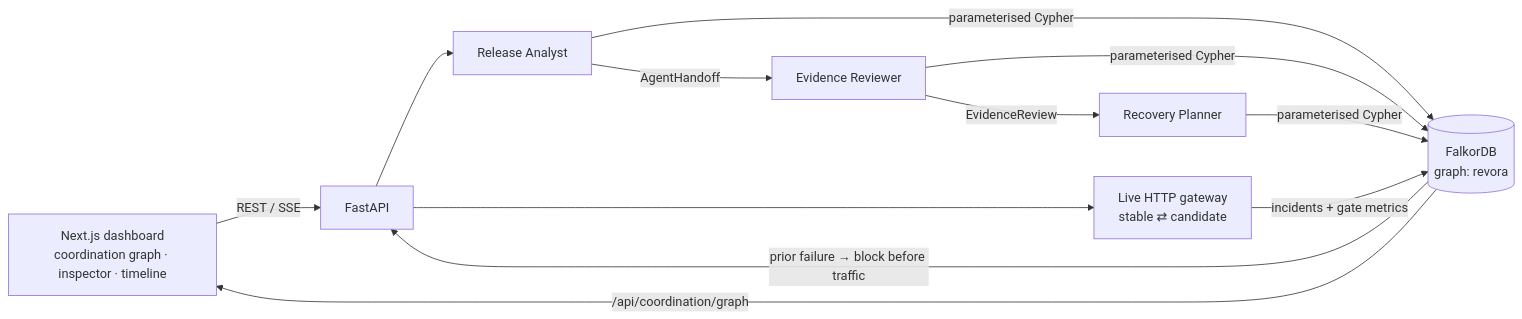
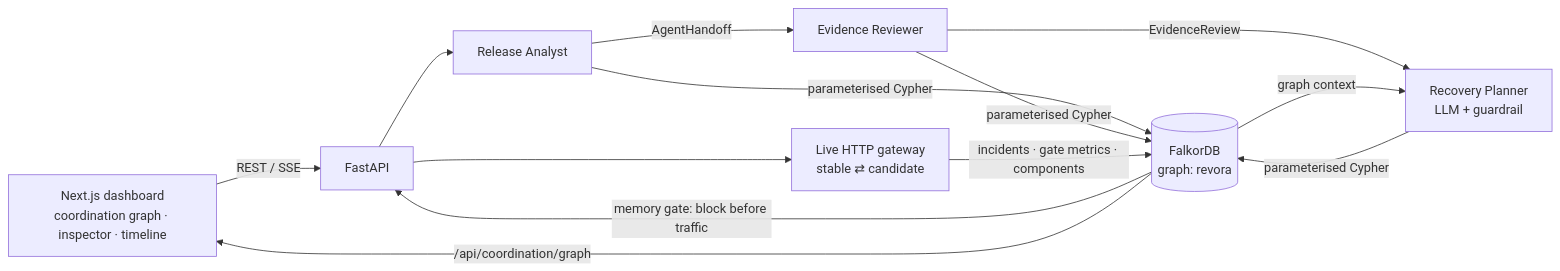
Before and after one commit to AnvitDevadiga/revora: the first of 2 diagrams in README.md, drawn with Mermaid. The commit also changed other lines of this file and 15 other files, not shown here.

First line of the commit message:
LLM recovery planner, component-graph memory, one-page README

````diff
--- a/README.md
+++ b/README.md
@@ -24,10 +32,11 @@
 ```mermaid
 flowchart LR
   UI["Next.js dashboard<br/>coordination graph · inspector · timeline"] -->|REST / SSE| API[FastAPI]
   API --> GW["Live HTTP gateway<br/>stable ⇄ candidate"]
-  API --> A[Release Analyst] -->|AgentHandoff| R[Evidence Reviewer] -->|EvidenceReview| P[Recovery Planner]
+  API --> A[Release Analyst] -->|AgentHandoff| R[Evidence Reviewer] -->|EvidenceReview| P["Recovery Planner<br/>LLM + guardrail"]
   A & R & P -->|parameterised Cypher| F[("FalkorDB<br/>graph: revora")]
-  GW -->|incidents + gate metrics| F
-  F -->|"prior failure → block before traffic"| API
+  GW -->|incidents · gate metrics · components| F
+  F -->|"memory gate: block before traffic"| API
+  F -->|"graph context"| P
   F -->|"/api/coordination/graph"| UI
 ```
````
